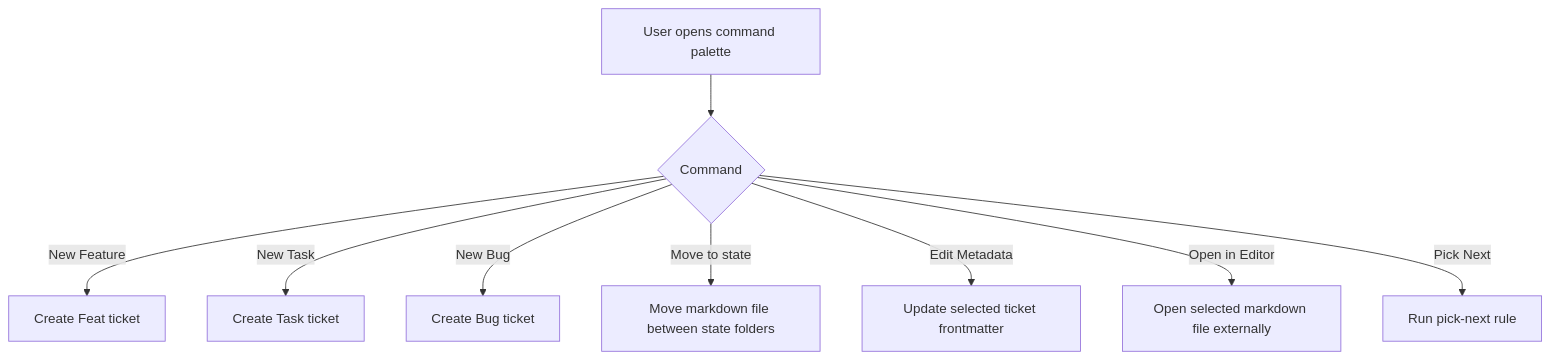
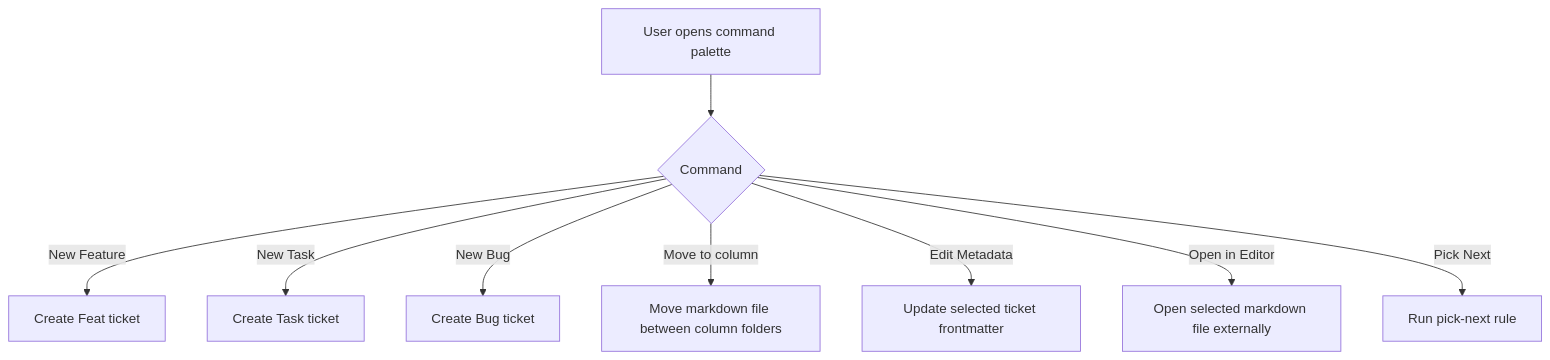
Before and after one commit to dawidsok/tickcats: the sixth of 6 diagrams in docs/user-flows.md, drawn with Mermaid. The commit also changed other lines of this file and 29 other files, not shown here.

````diff
--- a/docs/user-flows.md
+++ b/docs/user-flows.md
@@ -102,11 +102,11 @@
 ```mermaid
 flowchart TD
     A["User opens command palette"] --> B{Command}
     B -->|New Feature| C["Create Feat ticket"]
     B -->|New Task| D["Create Task ticket"]
     B -->|New Bug| E["Create Bug ticket"]
-    B -->|Move to state| F["Move markdown file between state folders"]
+    B -->|Move to column| F["Move markdown file between column folders"]
     B -->|Edit Metadata| G["Update selected ticket frontmatter"]
     B -->|Open in Editor| H["Open selected markdown file externally"]
     B -->|Pick Next| I["Run pick-next rule"]
 ```
````
